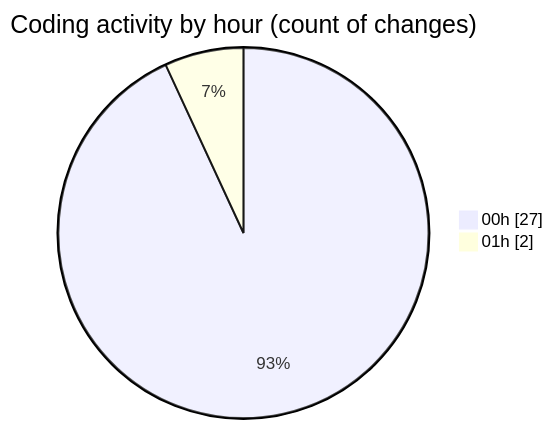
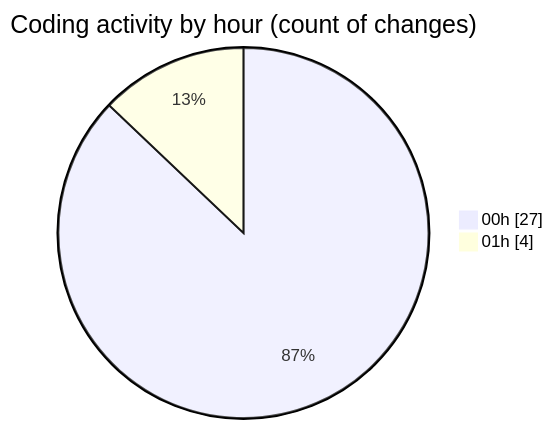
Before and after one commit to lephambinh05/code-tracking: the second of 2 diagrams in 2025-07-17/nhahang/README.md, drawn with Mermaid. The commit also changed other lines of this file and 1 other file, not shown here.

````diff
--- a/2025-07-17/nhahang/README.md
+++ b/2025-07-17/nhahang/README.md
@@ -40,6 +41,6 @@
 ```mermaid
 pie showData
 title Coding activity by hour (count of changes)
 "00h" : 27
-"01h" : 2
+"01h" : 4
 ```
````
